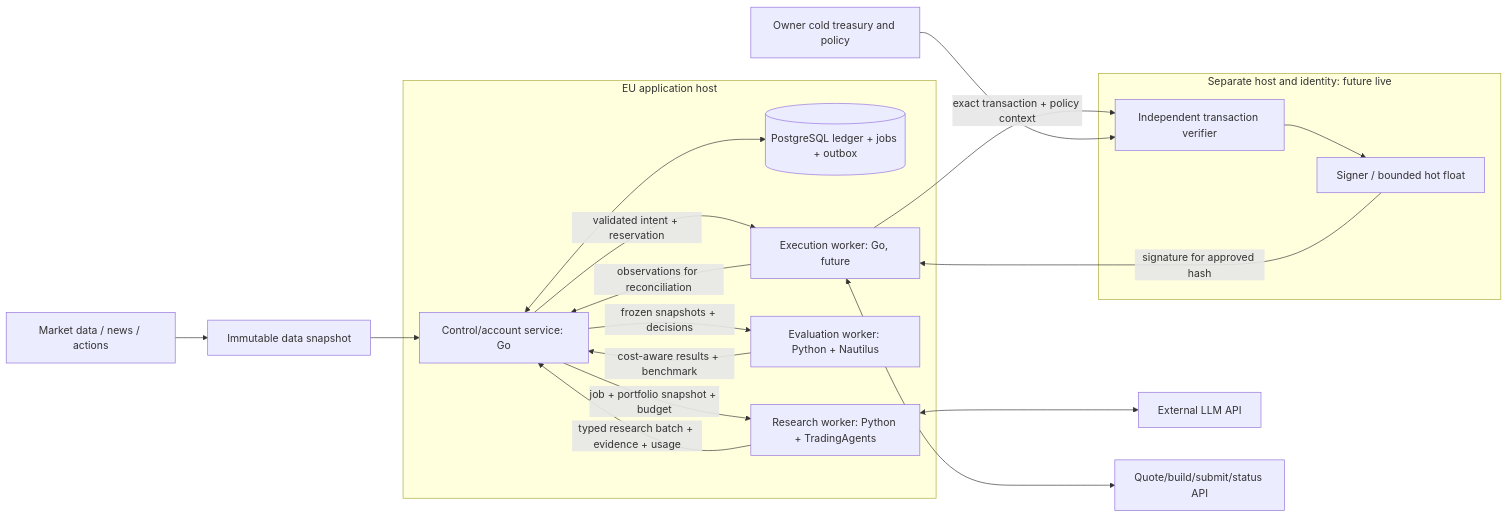
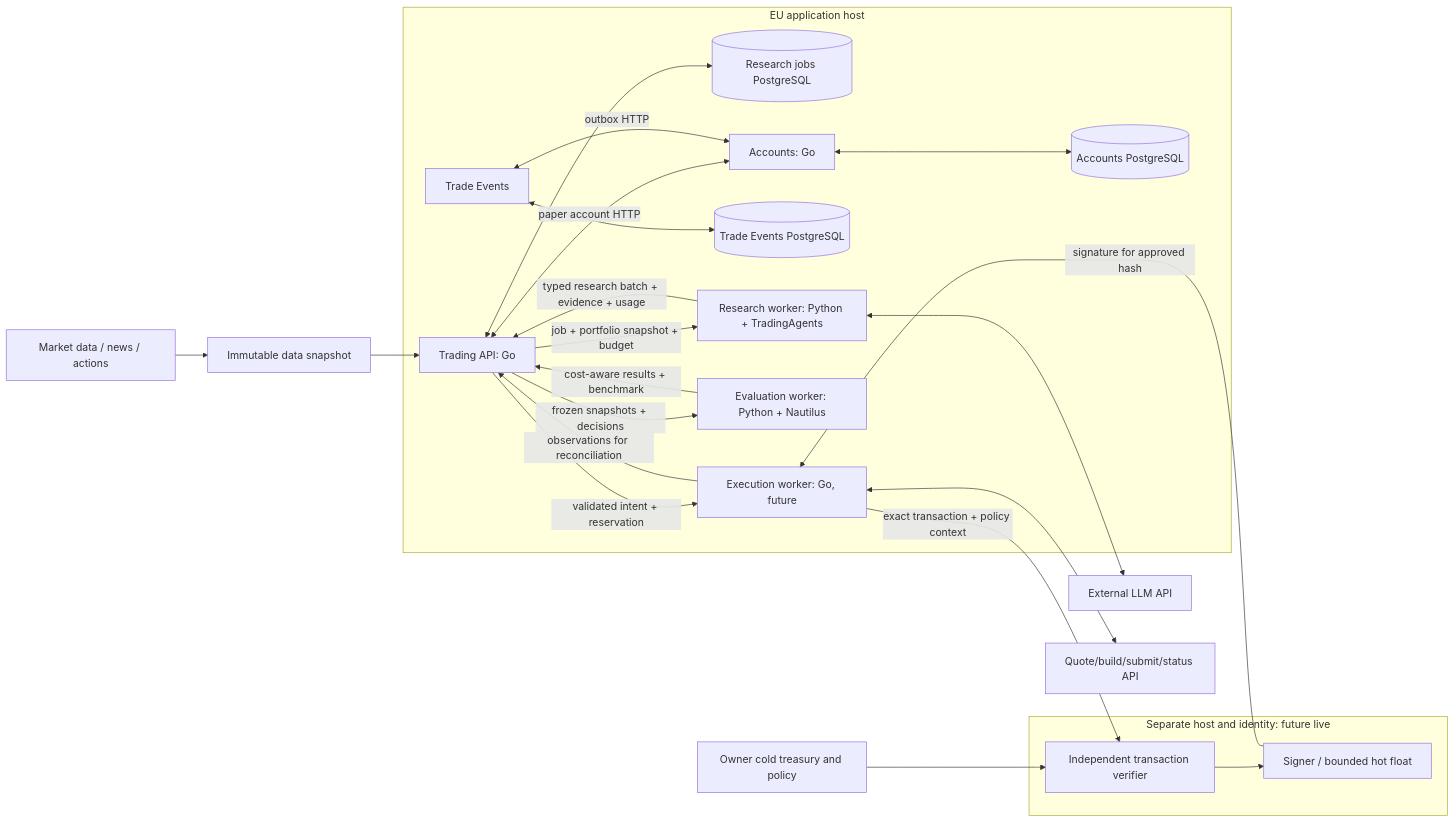
The diagram in docs/architecture.md (Averia17/TradingBot), drawn with Mermaid before and after one commit. The commit also changed other lines of this file and 525 other files, not shown here.

````diff
--- a/docs/architecture.md
+++ b/docs/architecture.md
@@ -175,29 +175,37 @@
 ```mermaid
 flowchart LR
     DATA[Market data / news / actions] --> SNAP[Immutable data snapshot]
     subgraph APP[EU application host]
-        CTRL[Control/account service: Go]
-        DB[(PostgreSQL ledger + jobs + outbox)]
+        CTRL[Trading API: Go]
+        JOBS[(Research jobs PostgreSQL)]
+        ACC[Accounts: Go]
+        LEDGER[(Accounts PostgreSQL)]
+        RELAY[Trade Events]
+        QUEUE[(Trade Events PostgreSQL)]
         RES[Research worker: Python + TradingAgents]
         EVAL[Evaluation worker: Python + Nautilus]
         EXEC[Execution worker: Go, future]
-        CTRL <--> DB
+        CTRL <--> JOBS
+        CTRL <-->|paper account HTTP| ACC
+        ACC <--> LEDGER
+        RELAY <-->|outbox HTTP| ACC
+        RELAY <--> QUEUE
         CTRL -->|job + portfolio snapshot + budget| RES
         RES -->|typed research batch + evidence + usage| CTRL
         CTRL -->|frozen snapshots + decisions| EVAL
         EVAL -->|cost-aware results + benchmark| CTRL
         CTRL -->|validated intent + reservation| EXEC
         EXEC -->|observations for reconciliation| CTRL
     end
     SNAP --> CTRL
     RES <--> LLM[External LLM API]
     EXEC <--> VENUE[Quote/build/submit/status API]
     subgraph SIGN[Separate host and identity: future live]
         VERIFY[Independent transaction verifier]
         KEY[Signer / bounded hot float]
         VERIFY --> KEY
     end
     EXEC -->|exact transaction + policy context| VERIFY
     KEY -->|signature for approved hash| EXEC
     OWNER[Owner cold treasury and policy] --> VERIFY
 ```
````
